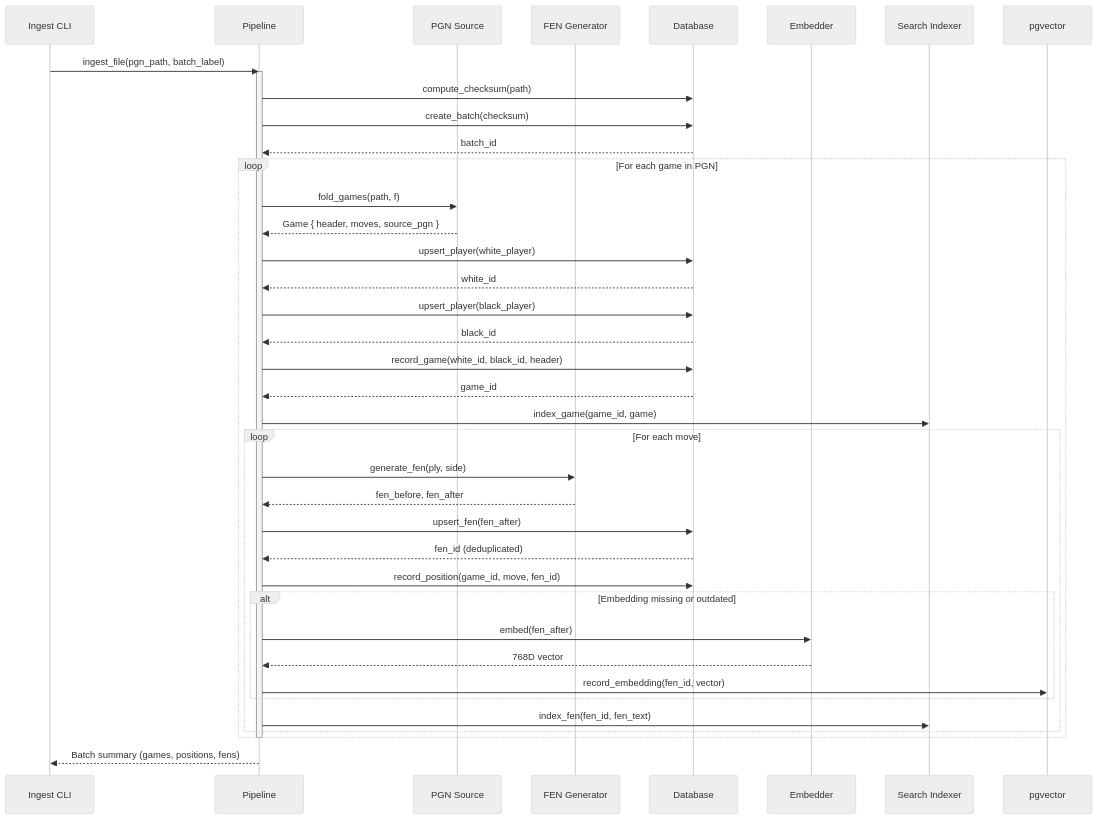
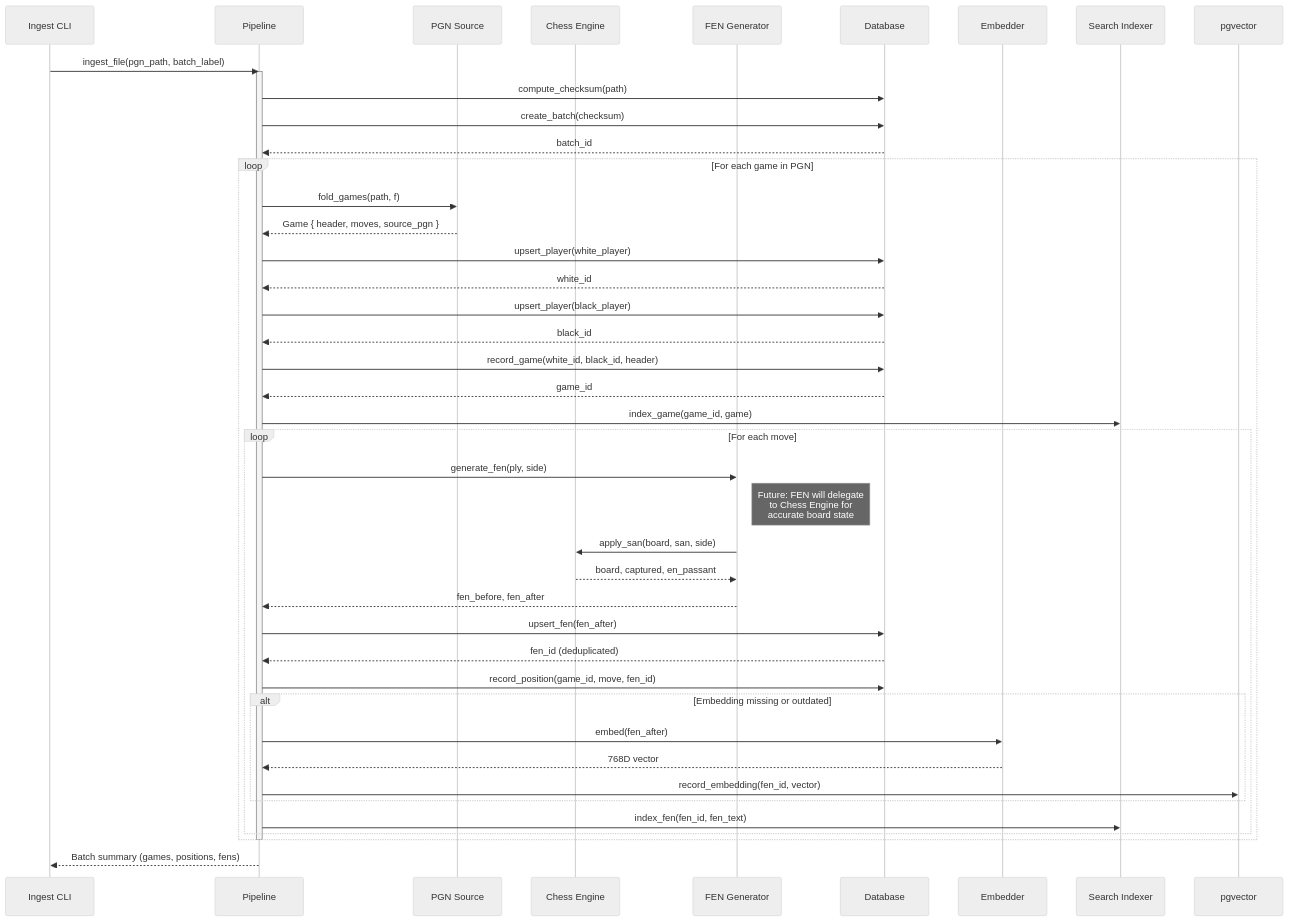
One commit to HendrikReh/chessbuddy changed the second of 4 diagrams in docs/ARCHITECTURE.md. Above: the diagram before and after it, drawn with Mermaid (neutral theme). The commit also changed other lines of this file and 10 other files, not shown here.

First line of the commit message:
fix: resolve chess engine test failures (54/54 passing)

````diff
--- a/docs/ARCHITECTURE.md
+++ b/docs/ARCHITECTURE.md
@@ -203,54 +244,58 @@
 ```mermaid
 sequenceDiagram
     participant CLI as Ingest CLI
     participant Pipe as Pipeline
     participant PGN as PGN Source
+    participant CHESS as Chess Engine
     participant FEN as FEN Generator
     participant DB as Database
     participant EMB as Embedder
     participant IDX as Search Indexer
     participant VEC as pgvector
 
     CLI->>Pipe: ingest_file(pgn_path, batch_label)
 
     activate Pipe
     Pipe->>DB: compute_checksum(path)
     Pipe->>DB: create_batch(checksum)
     DB-->>Pipe: batch_id
 
     loop For each game in PGN
         Pipe->>PGN: fold_games(path, f)
         PGN-->>Pipe: Game { header, moves, source_pgn }
 
         Pipe->>DB: upsert_player(white_player)
         DB-->>Pipe: white_id
         Pipe->>DB: upsert_player(black_player)
         DB-->>Pipe: black_id
 
         Pipe->>DB: record_game(white_id, black_id, header)
         DB-->>Pipe: game_id
 
         Pipe->>IDX: index_game(game_id, game)
 
         loop For each move
             Pipe->>FEN: generate_fen(ply, side)
+            Note right of FEN: Future: FEN will delegate<br/>to Chess Engine for<br/>accurate board state
+            FEN->>CHESS: apply_san(board, san, side)
+            CHESS-->>FEN: board, captured, en_passant
             FEN-->>Pipe: fen_before, fen_after
 
             Pipe->>DB: upsert_fen(fen_after)
             DB-->>Pipe: fen_id (deduplicated)
 
             Pipe->>DB: record_position(game_id, move, fen_id)
 
             alt Embedding missing or outdated
                 Pipe->>EMB: embed(fen_after)
                 EMB-->>Pipe: 768D vector
                 Pipe->>VEC: record_embedding(fen_id, vector)
             end
 
             Pipe->>IDX: index_fen(fen_id, fen_text)
         end
     end
 
     deactivate Pipe
     Pipe-->>CLI: Batch summary (games, positions, fens)
 ```
````
